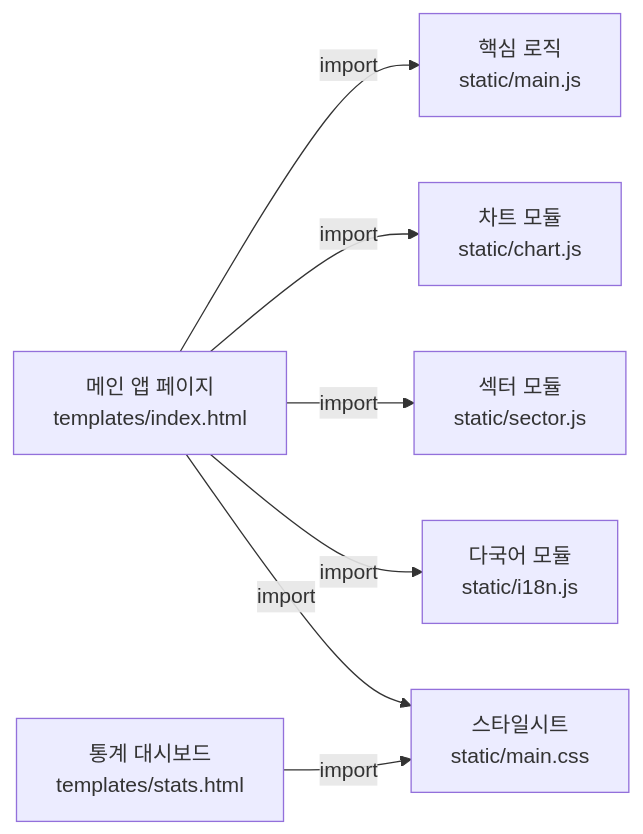
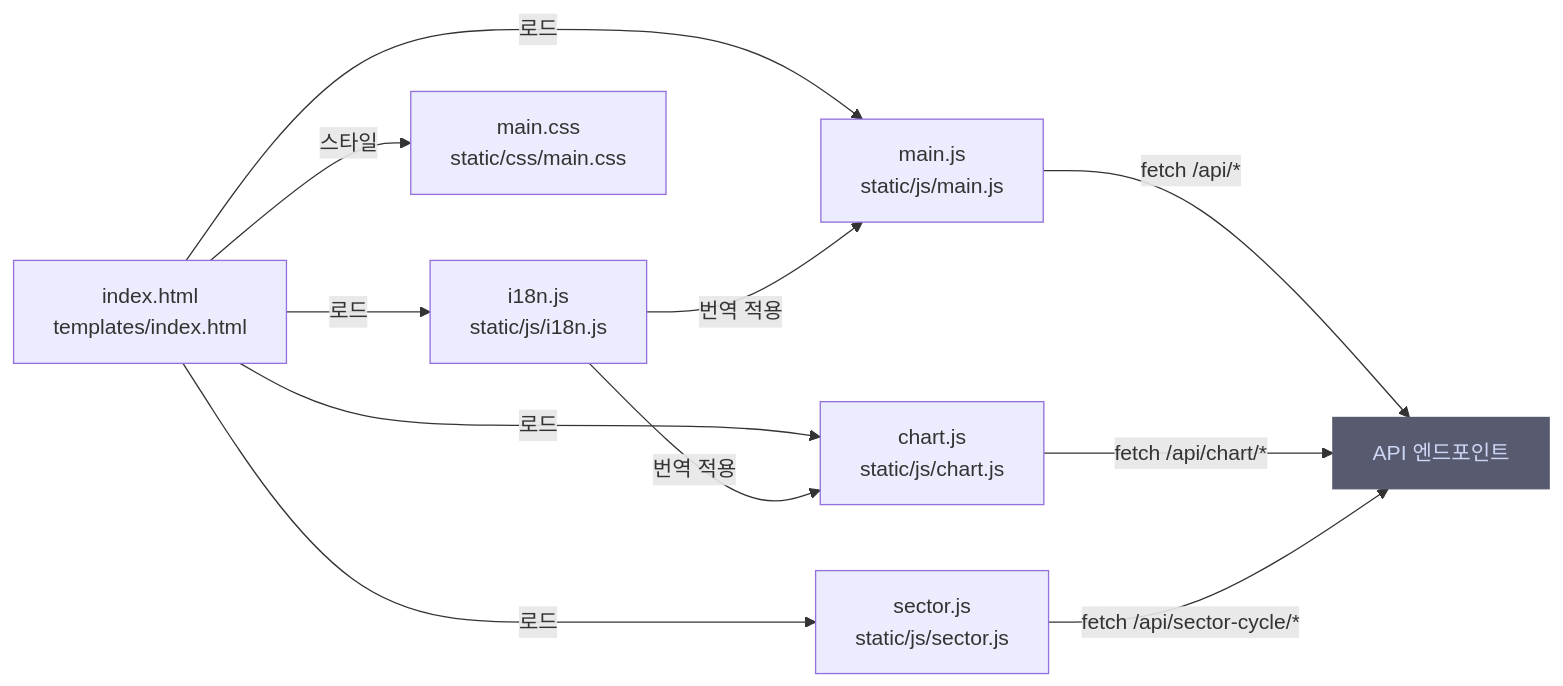
Before and after one commit to wonderfulawsome/Asset-Analysis-Platform: the diagram in .omm/overall-architecture/frontend/diagram.mmd, drawn with Mermaid. The commit also changed 121 other files, not shown here.

```diff
--- a/.omm/overall-architecture/frontend/diagram.mmd
+++ b/.omm/overall-architecture/frontend/diagram.mmd
@@ -1,15 +1,21 @@
 graph LR
-    index-page["메인 앱 페이지\ntemplates/index.html"]
-    stats-page["통계 대시보드\ntemplates/stats.html"]
-    main-js["핵심 로직\nstatic/main.js"]
-    chart-js["차트 모듈\nstatic/chart.js"]
-    sector-js["섹터 모듈\nstatic/sector.js"]
-    i18n-js["다국어 모듈\nstatic/i18n.js"]
-    main-css["스타일시트\nstatic/main.css"]
+    main-js["main.js\nstatic/js/main.js"]
+    chart-js["chart.js\nstatic/js/chart.js"]
+    i18n-js["i18n.js\nstatic/js/i18n.js"]
+    sector-js["sector.js\nstatic/js/sector.js"]
+    main-css["main.css\nstatic/css/main.css"]
+    index-html["index.html\ntemplates/index.html"]
 
-    index-page -->|"import"| main-js
-    index-page -->|"import"| chart-js
-    index-page -->|"import"| sector-js
-    index-page -->|"import"| i18n-js
-    index-page -->|"import"| main-css
-    stats-page -->|"import"| main-css
+    index-html -->|"로드"| main-js
+    index-html -->|"로드"| chart-js
+    index-html -->|"로드"| i18n-js
+    index-html -->|"로드"| sector-js
+    index-html -->|"스타일"| main-css
+    main-js -->|"fetch /api/*"| api["API 엔드포인트"]
+    chart-js -->|"fetch /api/chart/*"| api
+    sector-js -->|"fetch /api/sector-cycle/*"| api
+    i18n-js -->|"번역 적용"| main-js
+    i18n-js -->|"번역 적용"| chart-js
+
+    classDef external fill:#585b70,stroke:#585b70,color:#cdd6f4
+    class api external
```
